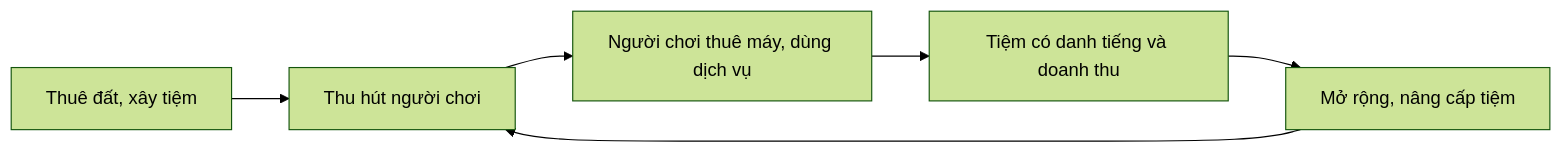
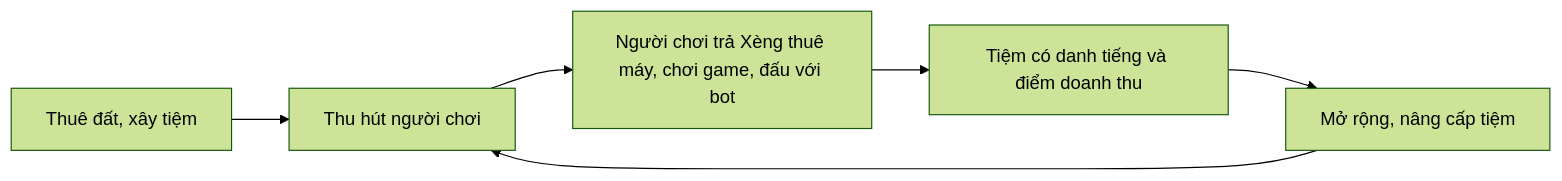
One commit to netverse3d/netverse3d changed the first of 2 diagrams in docs/wiki/product/overview.md. Above: the diagram before and after it, drawn with Mermaid (forest theme). The commit also changed other lines of this file and 17 other files, not shown here.

Commit message:
docs: record the tentative economy, station screens and new roadmap

````diff
--- a/docs/wiki/product/overview.md
+++ b/docs/wiki/product/overview.md
@@ -15,8 +15,8 @@
 ```mermaid
 flowchart LR
   A[Thuê đất, xây tiệm] --> B[Thu hút người chơi]
-  B --> C[Người chơi thuê máy, dùng dịch vụ]
-  C --> D[Tiệm có danh tiếng và doanh thu]
+  B --> C[Người chơi trả Xèng thuê máy, chơi game, đấu với bot]
+  C --> D[Tiệm có danh tiếng và điểm doanh thu]
   D --> E[Mở rộng, nâng cấp tiệm]
   E --> B
 ```
````
